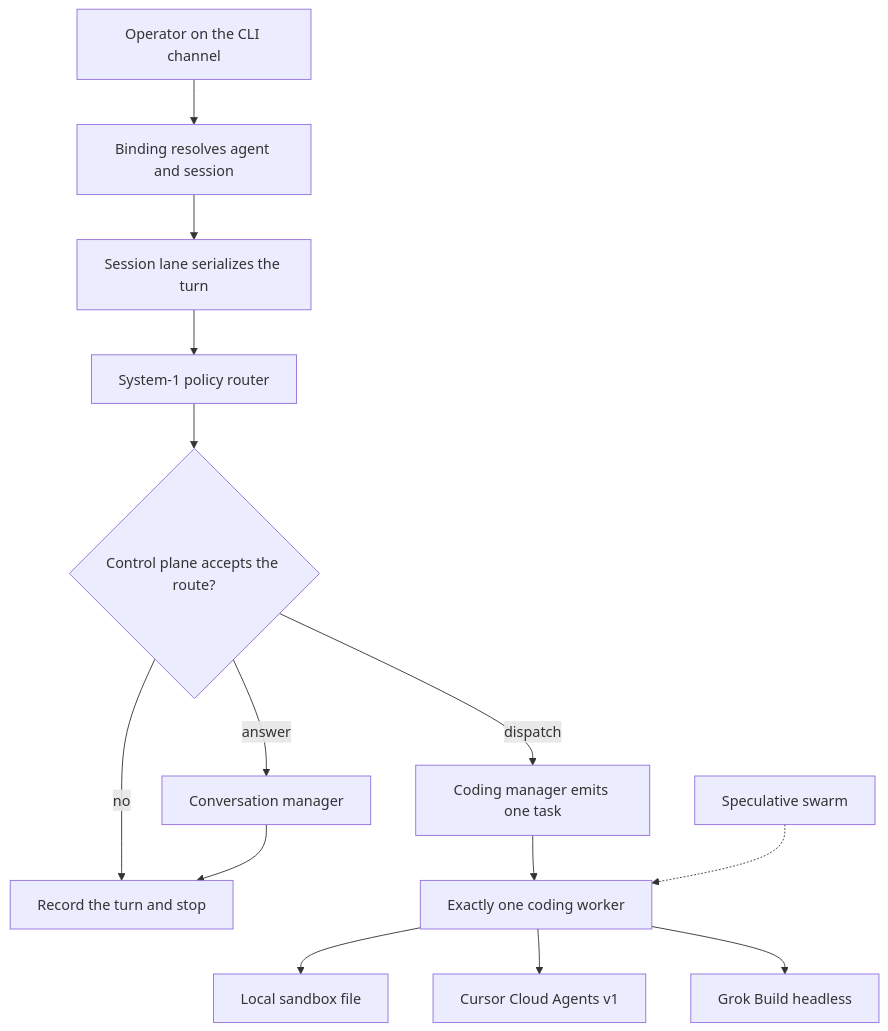
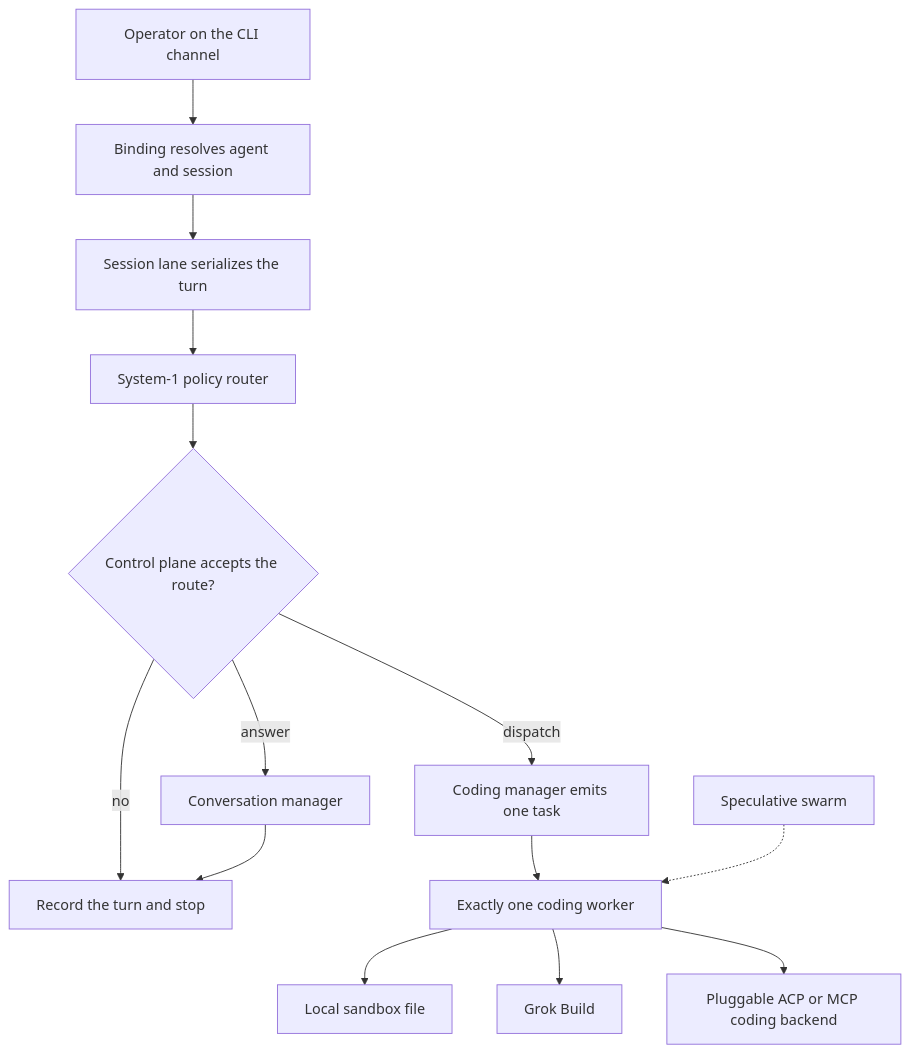
The diagram in ARCHITECTURE.md (bgagandeep/OpenCodingPartner), drawn with Mermaid before and after one commit. The commit also changed other lines of this file and 14 other files, not shown here.

First line of the commit message:
docs: OpenClaw + Grok Build product stack; drop Cursor Cloud worker

````diff
--- a/ARCHITECTURE.md
+++ b/ARCHITECTURE.md
@@ -5,16 +5,16 @@
 ```mermaid
 flowchart TD
   operator[Operator on the CLI channel] --> bind[Binding resolves agent and session]
   bind --> lane[Session lane serializes the turn]
   lane --> policy[System-1 policy router]
   policy --> gate{Control plane accepts the route?}
   gate -->|no| stop[Record the turn and stop]
   gate -->|answer| conversation[Conversation manager]
   gate -->|dispatch| coding[Coding manager emits one task]
   conversation --> stop
   coding --> worker[Exactly one coding worker]
   worker --> sandbox[Local sandbox file]
-  worker --> cursor[Cursor Cloud Agents v1]
-  worker --> grok[Grok Build headless]
+  worker --> grok[Grok Build]
+  worker --> plug[Pluggable ACP or MCP coding backend]
   swarm[Speculative swarm] -.-> worker
 ```
````
